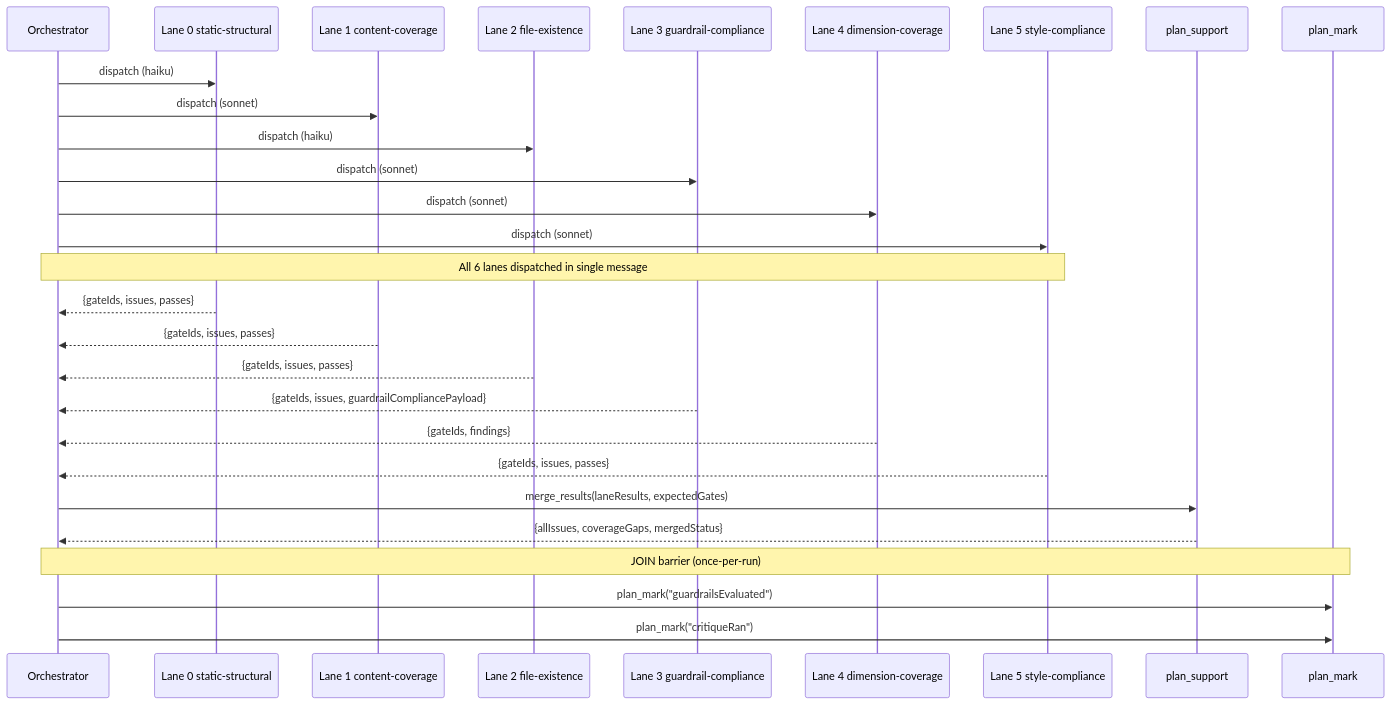
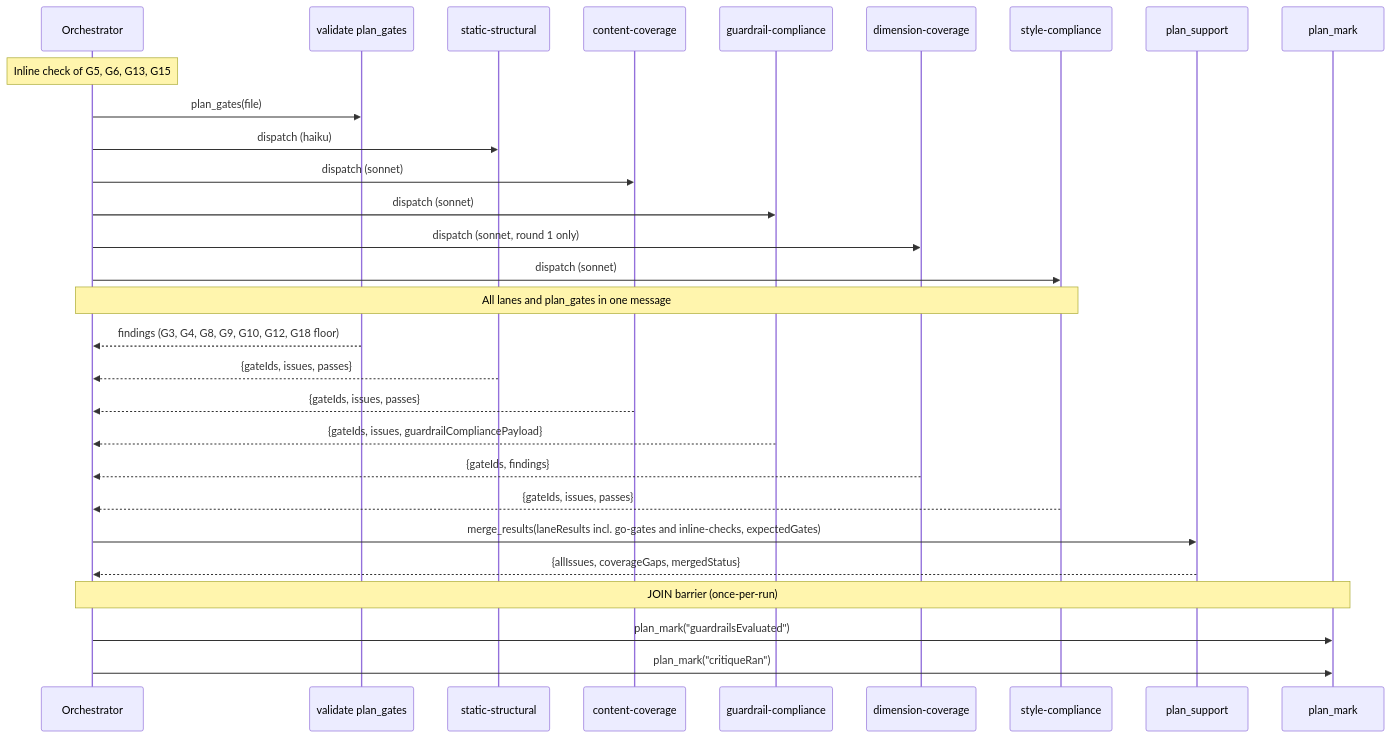
The second of 4 diagrams in docs/plan-architecture.md (rnagrodzki/sdlc-plugin), drawn with Mermaid before and after one commit. The commit also changed other lines of this file and 2 other files, not shown here.

Commit message:
docs(plan): describe the gate checks, five lanes, 8-task limit and timing report

````diff
--- a/docs/plan-architecture.md
+++ b/docs/plan-architecture.md
@@ -531,34 +530,35 @@
 ```mermaid
 sequenceDiagram
     participant O as Orchestrator
-    participant L0 as Lane 0 static-structural
-    participant L1 as Lane 1 content-coverage
-    participant L2 as Lane 2 file-existence
-    participant L3 as Lane 3 guardrail-compliance
-    participant L4 as Lane 4 dimension-coverage
-    participant L5 as Lane 5 style-compliance
+    participant V as validate plan_gates
+    participant SS as static-structural
+    participant CC as content-coverage
+    participant GC as guardrail-compliance
+    participant DC as dimension-coverage
+    participant SC as style-compliance
     participant PS as plan_support
     participant PM as plan_mark
 
-    O->>L0: dispatch (haiku)
-    O->>L1: dispatch (sonnet)
-    O->>L2: dispatch (haiku)
-    O->>L3: dispatch (sonnet)
-    O->>L4: dispatch (sonnet)
-    O->>L5: dispatch (sonnet)
-    Note over O,L5: All 6 lanes dispatched in single message
+    Note over O: Inline check of G5, G6, G13, G15
+    O->>V: plan_gates(file)
+    O->>SS: dispatch (haiku)
+    O->>CC: dispatch (sonnet)
+    O->>GC: dispatch (sonnet)
+    O->>DC: dispatch (sonnet, round 1 only)
+    O->>SC: dispatch (sonnet)
+    Note over O,SC: All lanes and plan_gates in one message
 
-    L0-->>O: {gateIds, issues, passes}
-    L1-->>O: {gateIds, issues, passes}
-    L2-->>O: {gateIds, issues, passes}
-    L3-->>O: {gateIds, issues, guardrailCompliancePayload}
-    L4-->>O: {gateIds, findings}
-    L5-->>O: {gateIds, issues, passes}
+    V-->>O: findings (G3, G4, G8, G9, G10, G12, G18 floor)
+    SS-->>O: {gateIds, issues, passes}
+    CC-->>O: {gateIds, issues, passes}
+    GC-->>O: {gateIds, issues, guardrailCompliancePayload}
+    DC-->>O: {gateIds, findings}
+    SC-->>O: {gateIds, issues, passes}
 
-    O->>PS: merge_results(laneResults, expectedGates)
+    O->>PS: merge_results(laneResults incl. go-gates and inline-checks, expectedGates)
     PS-->>O: {allIssues, coverageGaps, mergedStatus}
 
     Note over O,PM: JOIN barrier (once-per-run)
     O->>PM: plan_mark("guardrailsEvaluated")
     O->>PM: plan_mark("critiqueRan")
 ```
````
